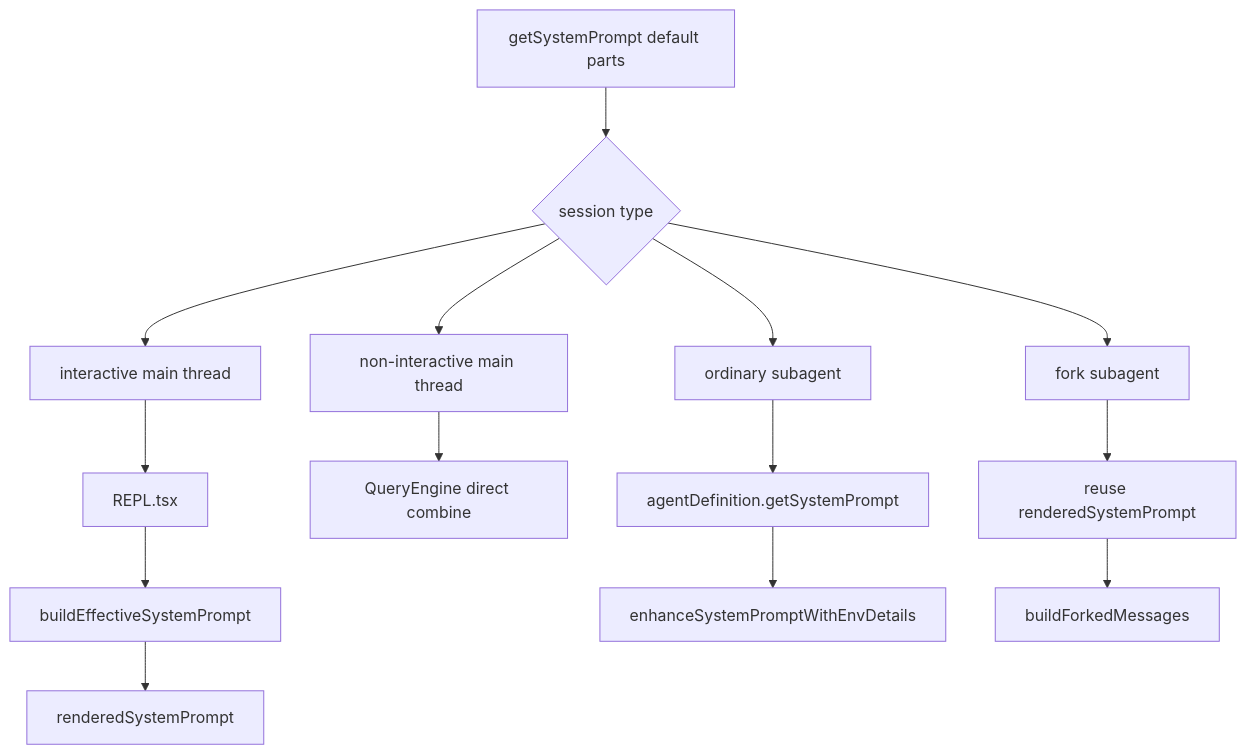
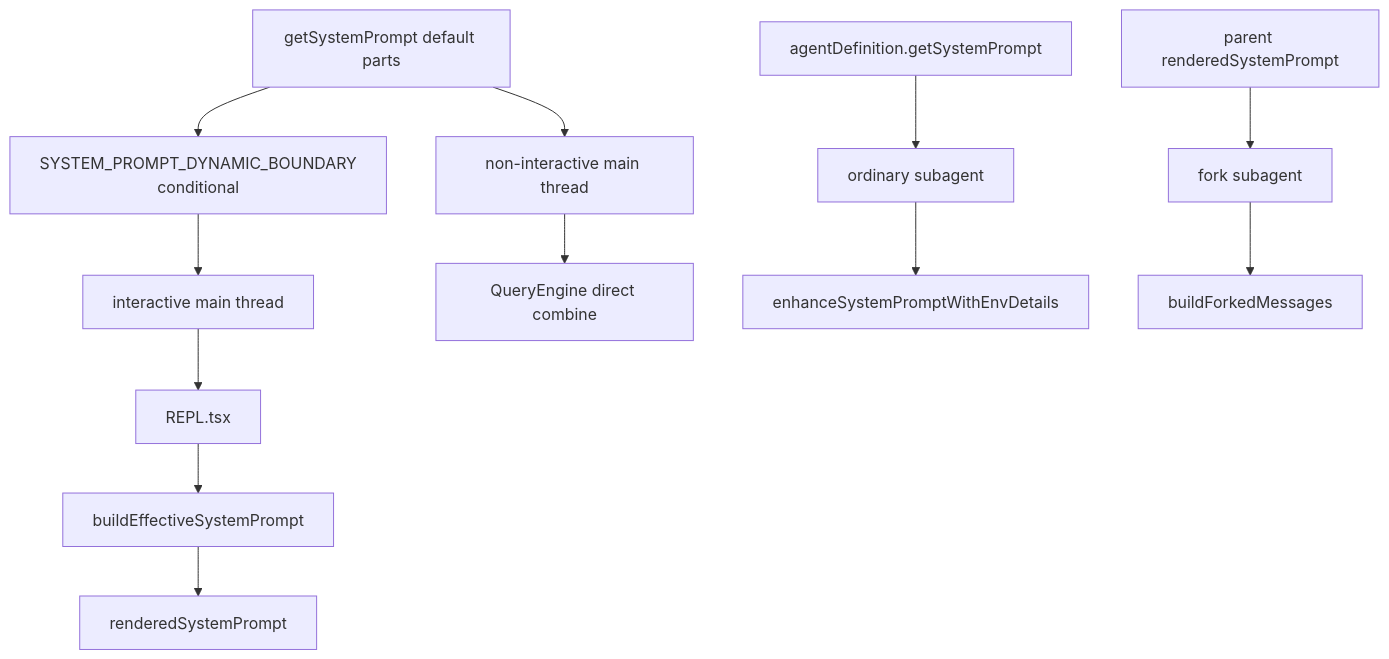
One commit to Boulea7/ClaudeCode-Source-DeepDive changed the diagram in PROMPTS/system-prompt-assembly.md. Above: the diagram before and after it, drawn with Mermaid. The commit also changed other lines of this file and 7 other files, not shown here.

````diff
--- a/PROMPTS/system-prompt-assembly.md
+++ b/PROMPTS/system-prompt-assembly.md
@@ -190,20 +195,17 @@
 ```mermaid
 flowchart TD
-    A[getSystemPrompt default parts] --> B{session type}
-
+    A[getSystemPrompt default parts] --> B[SYSTEM_PROMPT_DYNAMIC_BOUNDARY<br/>conditional]
     B --> C[interactive main thread]
     C --> D[REPL.tsx]
     D --> E[buildEffectiveSystemPrompt]
     E --> F[renderedSystemPrompt]
 
-    B --> G[non-interactive main thread]
+    A --> G[non-interactive main thread]
     G --> H[QueryEngine direct combine]
 
-    B --> I[ordinary subagent]
-    I --> J[agentDefinition.getSystemPrompt]
+    I[agentDefinition.getSystemPrompt] --> J[ordinary subagent]
     J --> K[enhanceSystemPromptWithEnvDetails]
 
-    B --> L[fork subagent]
-    L --> M[reuse renderedSystemPrompt]
+    L[parent renderedSystemPrompt] --> M[fork subagent]
     M --> N[buildForkedMessages]
 ```
````
